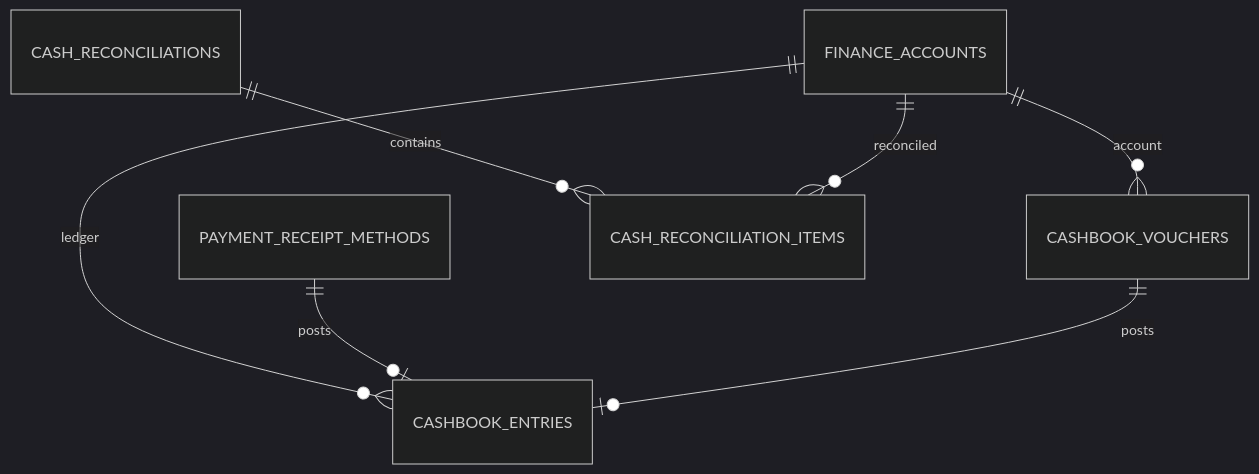
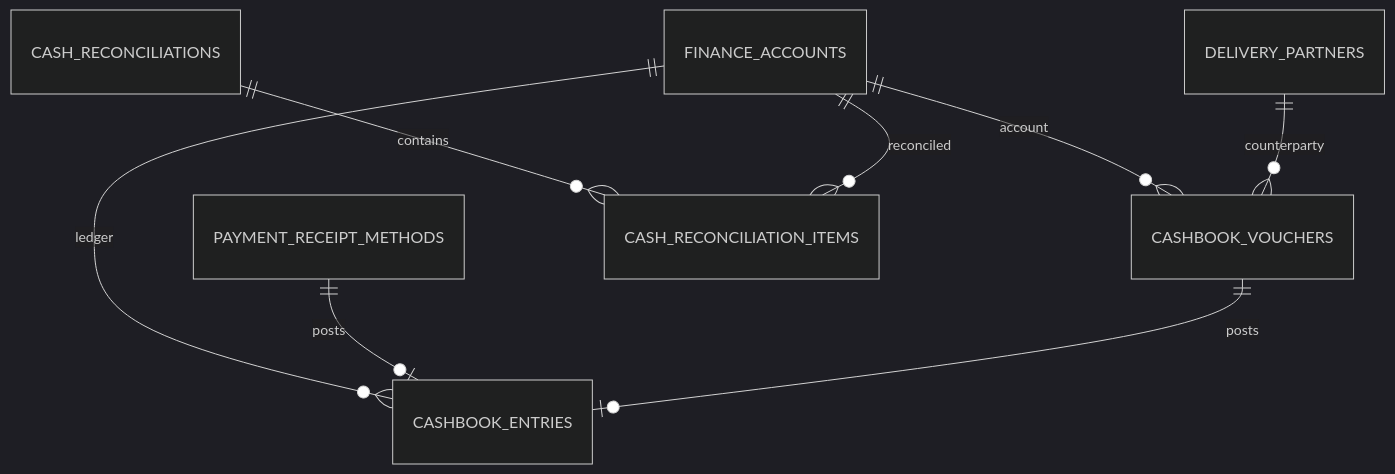
The diagram in docs/04-DATABASE/Finance/CASHBOOK-TABLES.md (vanlam-web/QCVL), drawn with Mermaid (dark theme) before and after one commit. The commit also changed other lines of this file and 4 other files, not shown here.

````diff
--- a/docs/04-DATABASE/Finance/CASHBOOK-TABLES.md
+++ b/docs/04-DATABASE/Finance/CASHBOOK-TABLES.md
@@ -320,9 +372,10 @@
 ```mermaid
 erDiagram
     FINANCE_ACCOUNTS ||--o{ CASHBOOK_VOUCHERS : account
     FINANCE_ACCOUNTS ||--o{ CASHBOOK_ENTRIES : ledger
+    DELIVERY_PARTNERS ||--o{ CASHBOOK_VOUCHERS : counterparty
     PAYMENT_RECEIPT_METHODS ||--o| CASHBOOK_ENTRIES : posts
     CASHBOOK_VOUCHERS ||--o| CASHBOOK_ENTRIES : posts
     CASH_RECONCILIATIONS ||--o{ CASH_RECONCILIATION_ITEMS : contains
     FINANCE_ACCOUNTS ||--o{ CASH_RECONCILIATION_ITEMS : reconciled
 ```
````
